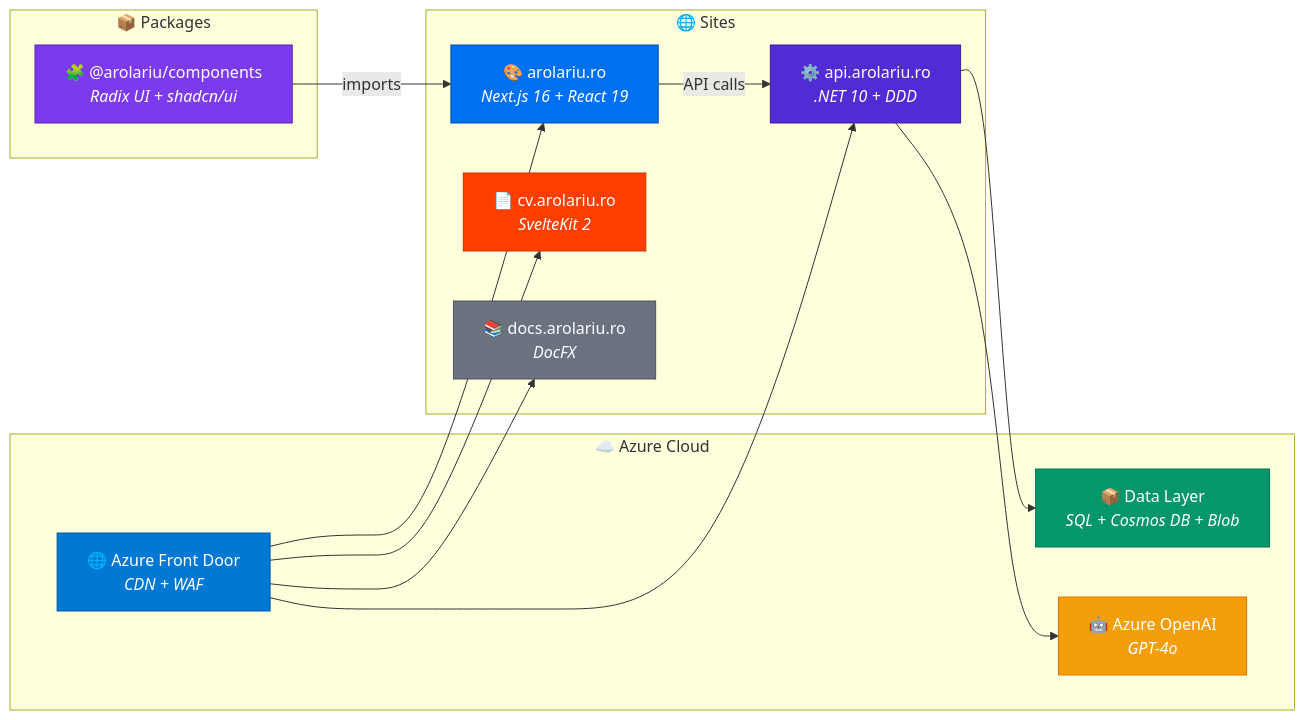
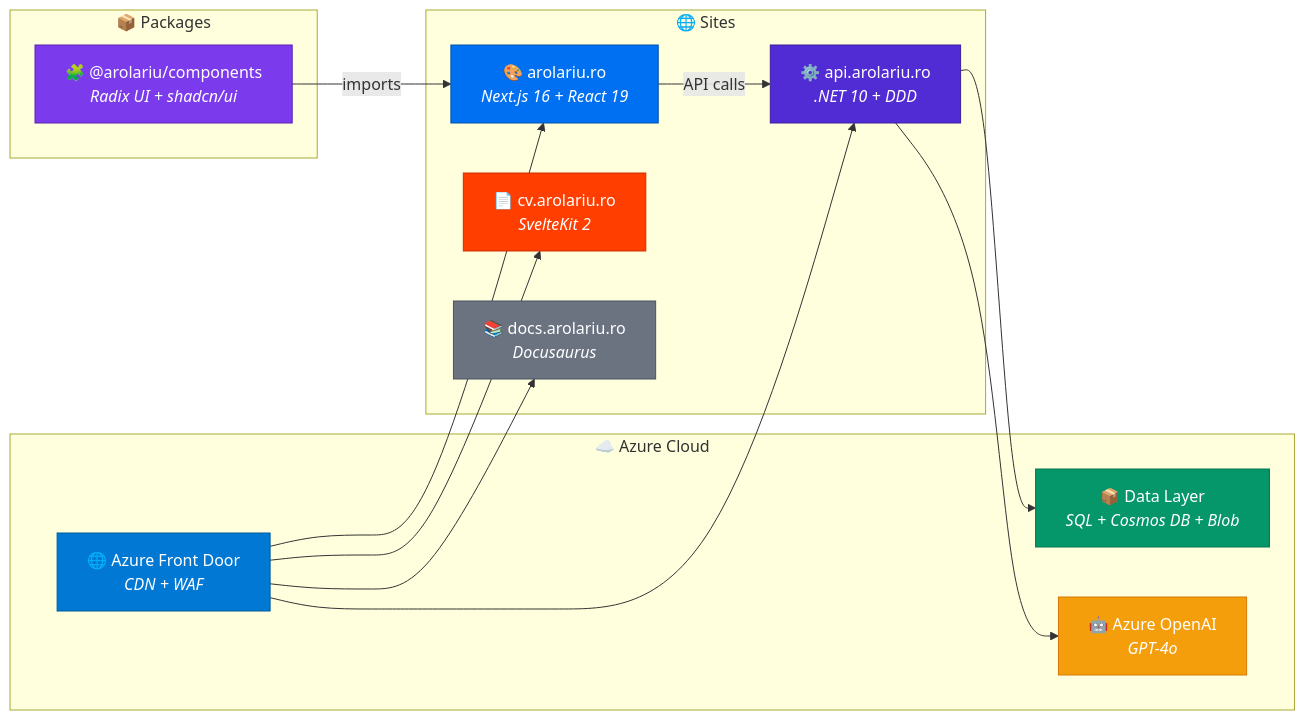
One commit to arolariu/arolariu.ro changed the first of 4 diagrams in README.md. Above: the diagram before and after it, drawn with Mermaid. The commit also changed other lines of this file and 39 other files, not shown here.

First line of the commit message:
fix(agentic): align guidance with live architecture

````diff
--- a/README.md
+++ b/README.md
@@ -569,37 +569,37 @@
 ```mermaid
 graph LR
     subgraph "📦 Packages"
         COMP["🧩 @arolariu/components<br/><i>Radix UI + shadcn/ui</i>"]
     end
 
     subgraph "🌐 Sites"
         WEB["🎨 arolariu.ro<br/><i>Next.js 16 + React 19</i>"]
         API["⚙️ api.arolariu.ro<br/><i>.NET 10 + DDD</i>"]
         CV["📄 cv.arolariu.ro<br/><i>SvelteKit 2</i>"]
-        DOCS["📚 docs.arolariu.ro<br/><i>DocFX</i>"]
+        DOCS["📚 docs.arolariu.ro<br/><i>Docusaurus</i>"]
     end
 
     subgraph "☁️ Azure Cloud"
         AFD["🌐 Azure Front Door<br/><i>CDN + WAF</i>"]
         DATA["📦 Data Layer<br/><i>SQL + Cosmos DB + Blob</i>"]
         AI["🤖 Azure OpenAI<br/><i>GPT-4o</i>"]
     end
 
     COMP -->|imports| WEB
     WEB -->|API calls| API
     API --> DATA
     API --> AI
     AFD --> WEB
     AFD --> API
     AFD --> CV
     AFD --> DOCS
 
     style COMP fill:#7c3aed,stroke:#5b21b6,color:#fff
     style WEB fill:#0070f3,stroke:#0051a8,color:#fff
     style API fill:#512bd4,stroke:#3b1f9e,color:#fff
     style CV fill:#ff3e00,stroke:#cc3200,color:#fff
     style DOCS fill:#6b7280,stroke:#4b5563,color:#fff
     style AFD fill:#0078d4,stroke:#005a9e,color:#fff
     style DATA fill:#059669,stroke:#047857,color:#fff
     style AI fill:#f59e0b,stroke:#d97706,color:#fff
 ```
````
